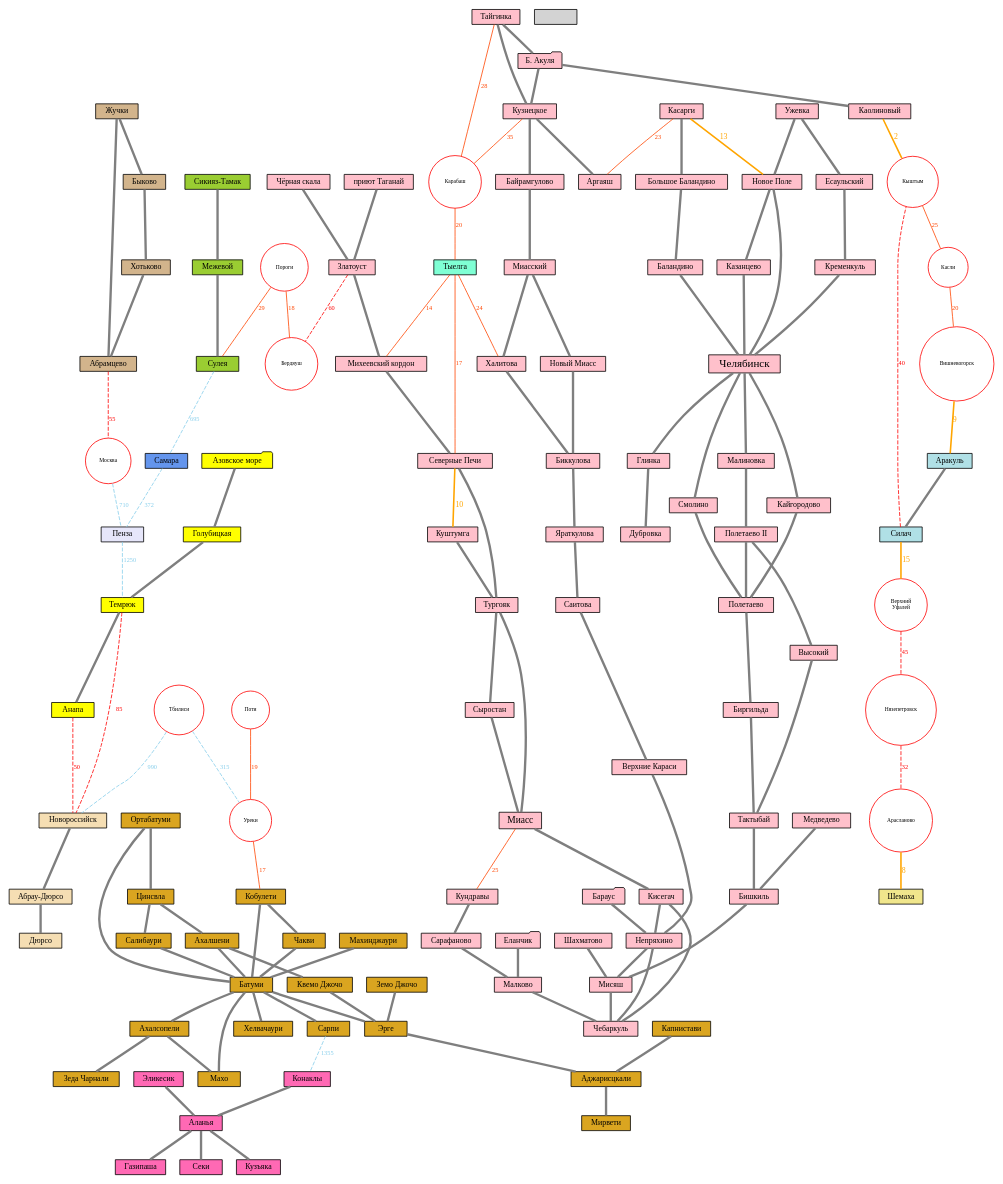
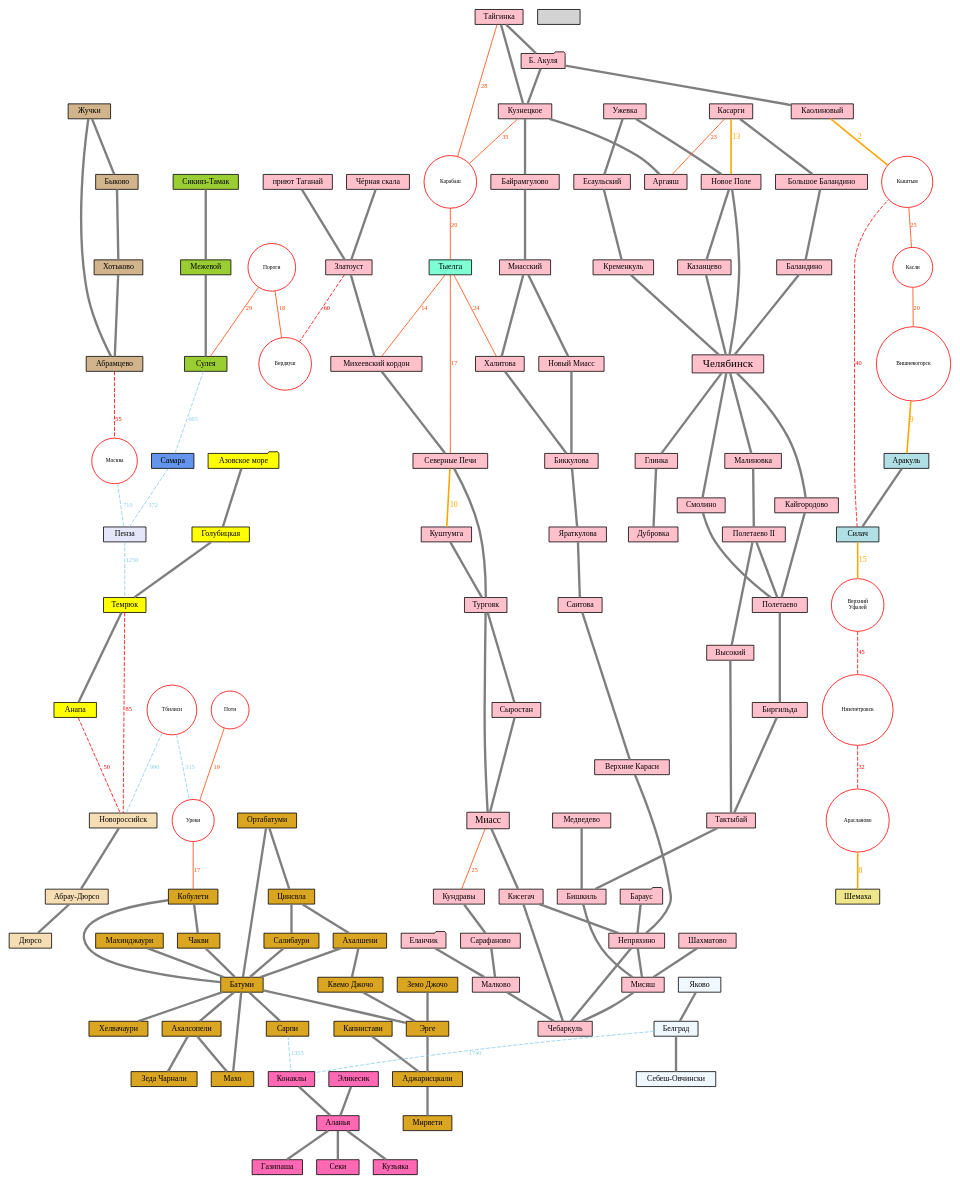
The diagram in bike-area.dot (shoorick/bike-area), drawn with Graphviz before and after one commit.

Commit message:
Expand coverage in Serbia

```diff
--- a/bike-area.dot
+++ b/bike-area.dot
@@ -1,179 +1,187 @@
 graph G {
     node [ shape=box, fontsize=10, fontname="Droid Sans", style=filled, height=0.2 ]
     edge [ color=gray50, penwidth=3, fontname="Droid Sans" ]
     graph [ overlap=false ]
 
     subgraph main {
         node [ fillcolor=pink ]
         Челябинск [ fontsize=14 ]
 
         "Б. Акуля" [ shape=folder ]
         "Бараус"   [ shape=folder ]
         "Еланчик"  [ shape=folder ]
 
         Миасс [ fontsize=12 ]
         Челябинск -- Смолино -- Полетаево -- Биргильда -- Тактыбай -- Бишкиль -- Мисяш -- Чебаркуль
         Ужевка -- "Новое Поле" -- Казанцево -- Челябинск
         "Новое Поле" -- Челябинск
         Челябинск -- Глинка -- Дубровка
         Челябинск -- Кайгородово -- Полетаево
         Ужевка -- Есаульский -- Кременкуль -- Челябинск
         Касарги -- "Большое Баландино" -- Баландино -- Челябинск
         Миасс -- Кисегач -- Чебаркуль
         Кисегач -- Непряхино -- Мисяш
         Шахматово -- Мисяш
         Медведево -- Бишкиль
         Челябинск -- Малиновка -- "Полетаево II" -- Высокий -- Тактыбай
         "Полетаево II" -- Полетаево
         "Б. Акуля" -- Кузнецкое -- Байрамгулово -- Миасский -- "Новый Миасс" -- Биккулова -- Яраткулова -- Саитова -- "Верхние Караси" -- Непряхино
         Кундравы -- Сарафаново -- Малково
         Бараус -- Непряхино -- Чебаркуль
         Миасский -- Халитова -- Биккулова
         Еланчик -- Малково -- Чебаркуль
         Тайгинка -- "Б. Акуля" -- Каолиновый
         Тайгинка -- Кузнецкое -- Аргаяш
         "Чёрная скала" -- Златоуст -- "Михеевский кордон" -- "Северные Печи"
         "приют Таганай" -- Златоуст
         "Северные Печи" -- Тургояк -- Миасс
         Куштумга -- Тургояк -- Сыростан -- Миасс
     }
 
     subgraph north {
         node [ fillcolor=powderblue ]
 
         Аракуль -- Силач
     }
 
     subgraph penza {
         node [ fillcolor=lavender ]
 
         Пенза
     }
 
     subgraph samara {
         node [ fillcolor=cornflowerblue ]
 
         Самара
     }
 
     subgraph shemakha {
         node [ fillcolor=khaki ]
 
         Шемаха
     }
 
     subgraph ai {
         node [ fillcolor=yellowgreen ]
 
         "Сикияз-Тамак" -- Межевой -- Сулея
     }
 
     subgraph south1 {
         node [ fillcolor=yellow ]
         "Азовское море" [ shape=folder ]
         "Азовское море" -- Голубицкая -- Темрюк -- Анапа
     }
 
     subgraph south2 {
         node [ fillcolor=wheat ]
 
         Новороссийск -- "Абрау-Дюрсо" -- Дюрсо
     }
 
     subgraph georgia {
         node [ fillcolor=goldenrod ]
 
         Кобулети -- Батуми -- Махо
         Махинджаури -- Батуми -- Сарпи
         Цинсвла -- Салибаури -- Батуми -- Хелвачаури
         Кобулети -- Чакви -- Батуми -- Ахалсопели -- "Зеда Чарнали"
         Ахалсопели -- Махо
         Капнистави -- Аджарисцкали -- Мирвети
         Ортабатуми -- Батуми
         Батуми -- Эрге -- Аджарисцкали
         Ахалшени -- Батуми
         Ортабатуми --Цинсвла -- Ахалшени -- "Квемо Джочо" -- Эрге
         "Земо Джочо" -- Эрге
     }
 
     subgraph tyelga {
         node [ fillcolor=aquamarine ]
 
         Тыелга
     }
 
     subgraph zhuchki {
         node [ fillcolor=tan ]
 
         Жучки -- Абрамцево
         Жучки -- Быково -- Хотьково -- Абрамцево
     }
+
+    subgraph serbia {
+        node [ fillcolor=aliceblue ]
+
+        Яково -- Белград -- "Себеш-Овчински"
+    }
+
     subgraph turkey {
         node [ fillcolor=hotpink ]
 
         Конаклы -- Аланья -- Газипаша
         Эликесик -- Аланья -- Секи
         Аланья -- Кузъяка
     }
 
     subgraph failed_cities {
         node [ shape="circle",fillcolor="white",color="red",fontsize=7, height=0.1 ]
 
         Арасланово Бердяуш "Верхний\nУфалей" Вишневогорск Карабаш Касли Кыштым
         Пороги Нязепетровск
         Москва
         Уреки Поти Тбилиси
     }
 
     subgraph failed {
 
         // Ближайшие — можно пройти за час
         edge [ color=orange, fontcolor=orange, fontsize=10, penwidth=2 ]
         Каолиновый -- Кыштым [ label=2 ]
         Вишневогорск -- Аракуль  [ label=9 ]
         "Северные Печи" -- Куштумга [ label=10 ]
         Касарги -- "Новое Поле" [ label=13 ]
         Силач -- "Верхний\nУфалей" [ label=15 ]
         Арасланово -- Шемаха [ label=8 ]
 
         // Ближние
         edge [ color=orangered, fontcolor=orangered, fontsize=8, penwidth=1 ]
         Пороги -- Бердяуш [ label=18 ]
         Миасс -- Кундравы [ label=25 ]
         Касарги -- Аргаяш [ label=23 ]
         Пороги -- Сулея  [ label=29 ]
         Кыштым -- Касли  [ label=25 ]
         Касли -- Вишневогорск [ label=20]
         Тыелга -- "Михеевский кордон" [ label=14 ]
         Тыелга -- "Северные Печи" [ label=17 ]
         Карабаш -- Тыелга [ label=20 ]
         Кузнецкое -- Карабаш [ label=35 ]
         Тайгинка -- Карабаш [ label=28 ]
         Тыелга -- Халитова [ label=24 ]
         Уреки -- Кобулети  [ label=17 ]
         Поти -- Уреки [ label=19 ]
 
         // Средние — можно пройти за день
         edge [ color=red, fontcolor=red, style="dashed" ]
         Силач -- Кыштым  [ label=40 ]
         Анапа -- Новороссийск [ label=50 ]
         Златоуст -- Бердяуш [ label=60 ]
         Нязепетровск -- Арасланово [ label=32 ]
         "Верхний\nУфалей" -- Нязепетровск [ label=45 ]
         Абрамцево -- Москва [ label=55 ]
         Темрюк -- Новороссийск [ label=85 ]
 
         // Дальние (от 100 км)
         //edge [ color=plum, fontcolor=plum, style="dotted" ]
 
         // Самые дальние — нереально проехать
         edge [ color=skyblue, fontcolor=skyblue ]
         Тбилиси -- Уреки [ label=315 ]
         Самара -- Пенза [ label=372 ]
         Москва -- Пенза [ label=710 ]
         Сулея -- Самара [ label=695 ]
         Пенза -- Темрюк [ label=1250 ]
         Тбилиси -- Новороссийск [ label=990 ]
         Сарпи -- Конаклы [ label=1355 ]
+        Белград -- Конаклы [ label=1740 ]
     }
 }
```
